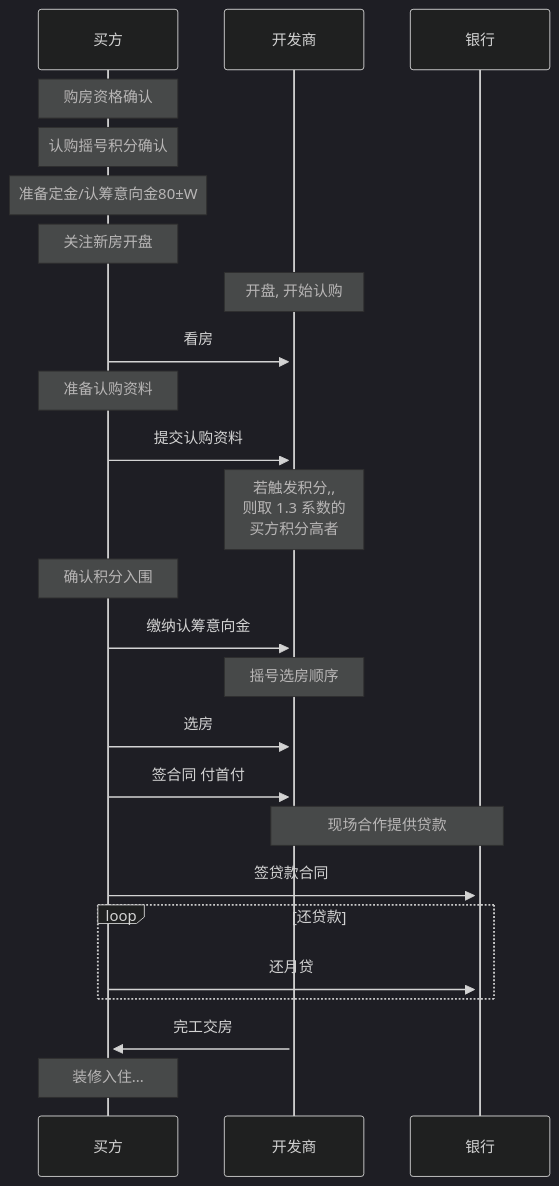
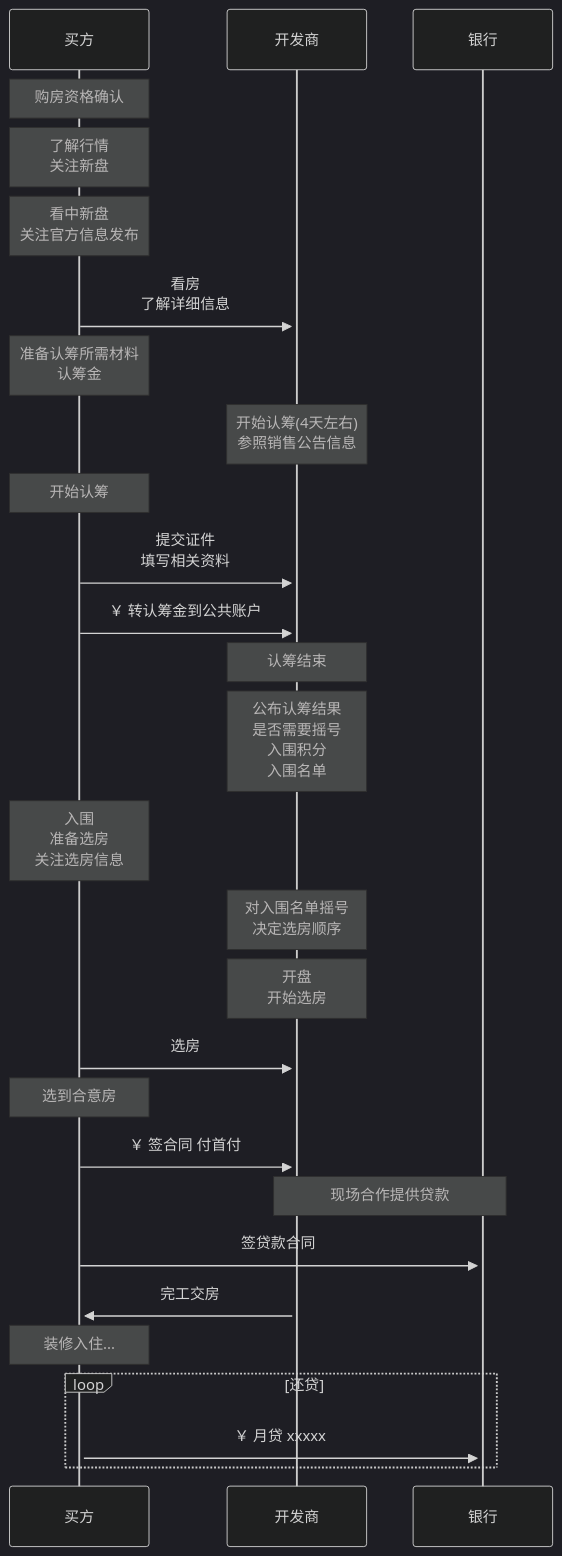
Before and after one commit to junxnone/F: the diagram in docs/0044_购房流程_一手房.md, drawn with Mermaid (dark theme). The commit also changed other lines of this file, not shown here.

Commit message:
Add new comment

````diff
--- a/docs/0044_购房流程_一手房.md
+++ b/docs/0044_购房流程_一手房.md
@@ -12,28 +12,31 @@
 ```mermaid
 sequenceDiagram
     participant 买方 
     participant 开发商
     participant 银行
     Note over 买方: 购房资格确认
-    Note over 买方: 认购摇号积分确认
-    Note over 买方: 准备定金/认筹意向金80±W
-    Note over 买方: 关注新房开盘
-    Note over 开发商: 开盘, 开始认购
-    买方->>+开发商: 看房
-    Note over 买方: 准备认购资料
-    买方->>+开发商: 提交认购资料
-    Note over 开发商: 若触发积分,,<br>则取 1.3 系数的<br>买方积分高者
-    Note over 买方: 确认积分入围
-    买方->>+开发商: 缴纳认筹意向金
-    Note over 开发商: 摇号选房顺序
+    Note over 买方: 了解行情 <br> 关注新盘
+    Note over 买方: 看中新盘 <br> 关注官方信息发布
+    买方->>+开发商: 看房<br>了解详细信息
+    Note over 买方: 准备认筹所需材料 <br>认筹金
+    Note over 开发商: 开始认筹(4天左右) <br> 参照销售公告信息
+    Note over 买方: 开始认筹
+    买方->>+开发商: 提交证件<br>填写相关资料
+    买方->>+开发商: ￥ 转认筹金到公共账户
+    Note over 开发商: 认筹结束
+    Note over 开发商: 公布认筹结果 <br> 是否需要摇号 <br>入围积分 <br>入围名单
+    Note over 买方: 入围 <br> 准备选房<br> 关注选房信息
+    Note over 开发商: 对入围名单摇号 <br>决定选房顺序
+    Note over 开发商: 开盘 <br>开始选房
     买方->>+开发商: 选房
-    买方->>+开发商: 签合同 付首付
+    Note over 买方: 选到合意房
+    买方->>+开发商: ￥ 签合同 付首付
     Note over 银行,开发商: 现场合作提供贷款
     买方->>+银行: 签贷款合同
-    loop 还贷款
-    买方->>+银行: 还月贷
-    end 
     开发商->>+买方: 完工交房
     Note over 买方: 装修入住...
+    loop 还贷
+    买方->>+银行: ￥ 月贷 xxxxx
+    end 
 
 ```
````
